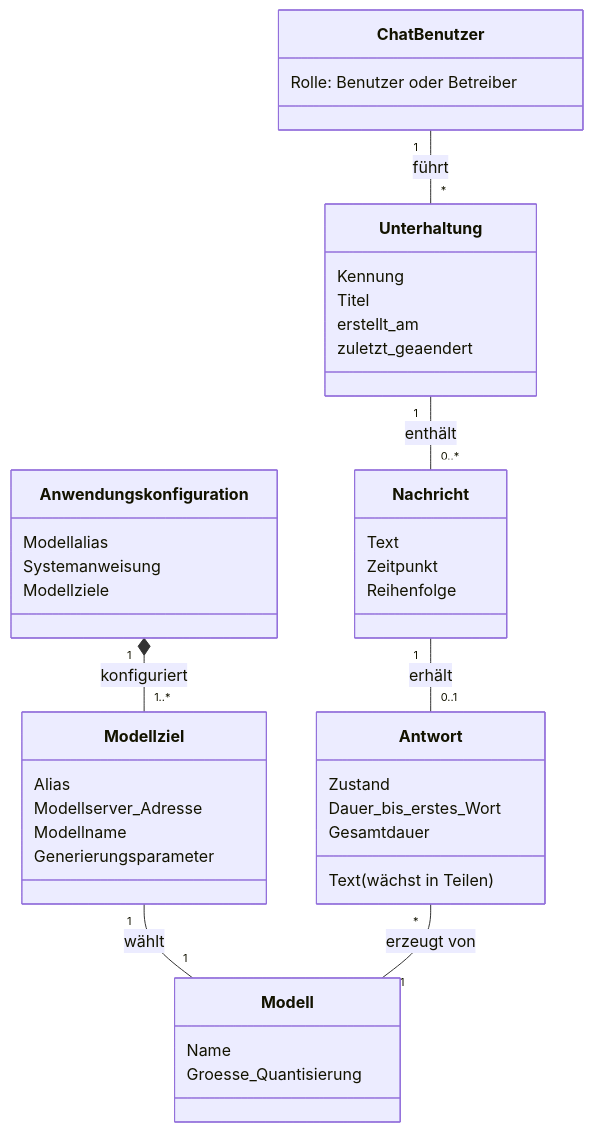
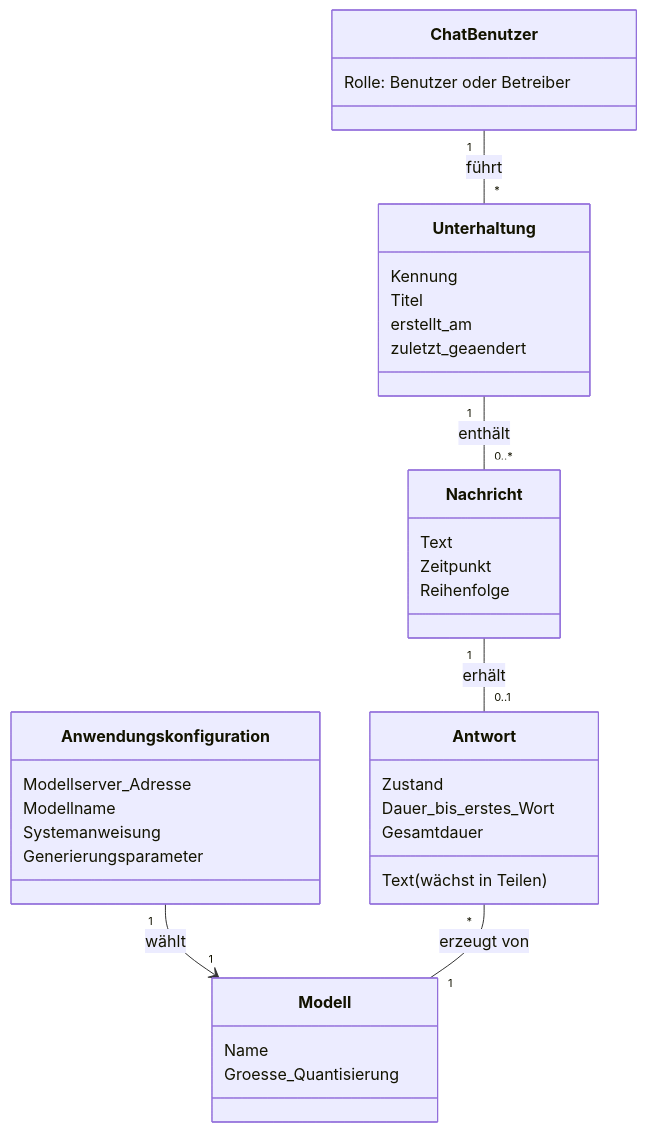
Before and after one commit to thedmo/CustomLocalAiFront: the fourth of 5 diagrams in agent/Design.md, drawn with Mermaid. The commit also changed other lines of this file and 19 other files, not shown here.

````diff
--- a/agent/Design.md
+++ b/agent/Design.md
@@ -434,44 +421,38 @@
 ```mermaid
 classDiagram
     class ChatBenutzer {
         Rolle: Benutzer oder Betreiber
     }
     class Unterhaltung {
         Kennung
         Titel
         erstellt_am
         zuletzt_geaendert
     }
     class Nachricht {
         Text
         Zeitpunkt
         Reihenfolge
     }
     class Antwort {
         Text (wächst in Teilen)
         Zustand
         Dauer_bis_erstes_Wort
         Gesamtdauer
     }
     class Anwendungskonfiguration {
-        Modellalias
-        Systemanweisung
-        Modellziele
-    }
-    class Modellziel {
-        Alias
         Modellserver_Adresse
         Modellname
+        Systemanweisung
         Generierungsparameter
     }
     class Modell {
         Name
         Groesse_Quantisierung
     }
     ChatBenutzer "1" -- "*" Unterhaltung : führt
     Unterhaltung "1" -- "0..*" Nachricht : enthält
     Nachricht "1" -- "0..1" Antwort : erhält
-    Anwendungskonfiguration "1" *-- "1..*" Modellziel : konfiguriert
-    Modellziel "1" -- "1" Modell : wählt
+    Anwendungskonfiguration "1" --> "1" Modell : wählt
     Antwort "*" -- "1" Modell : erzeugt von
 ```
````
